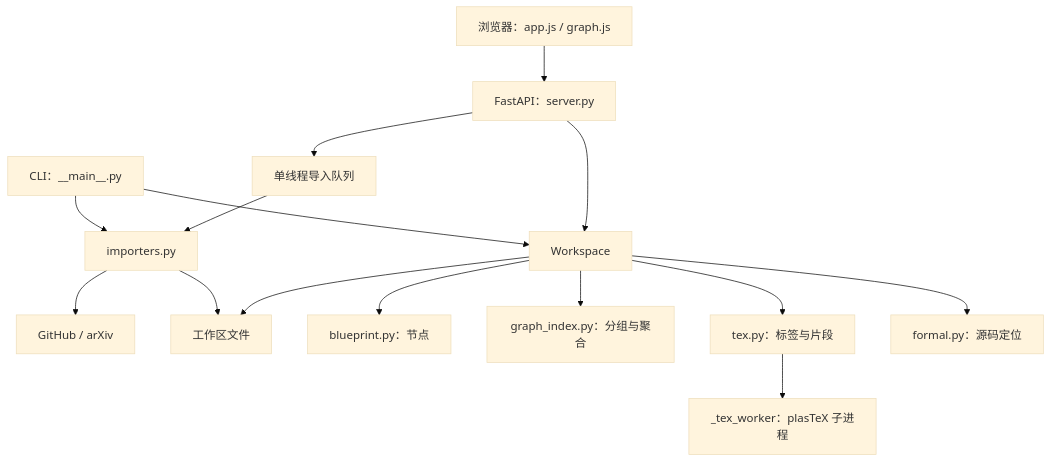
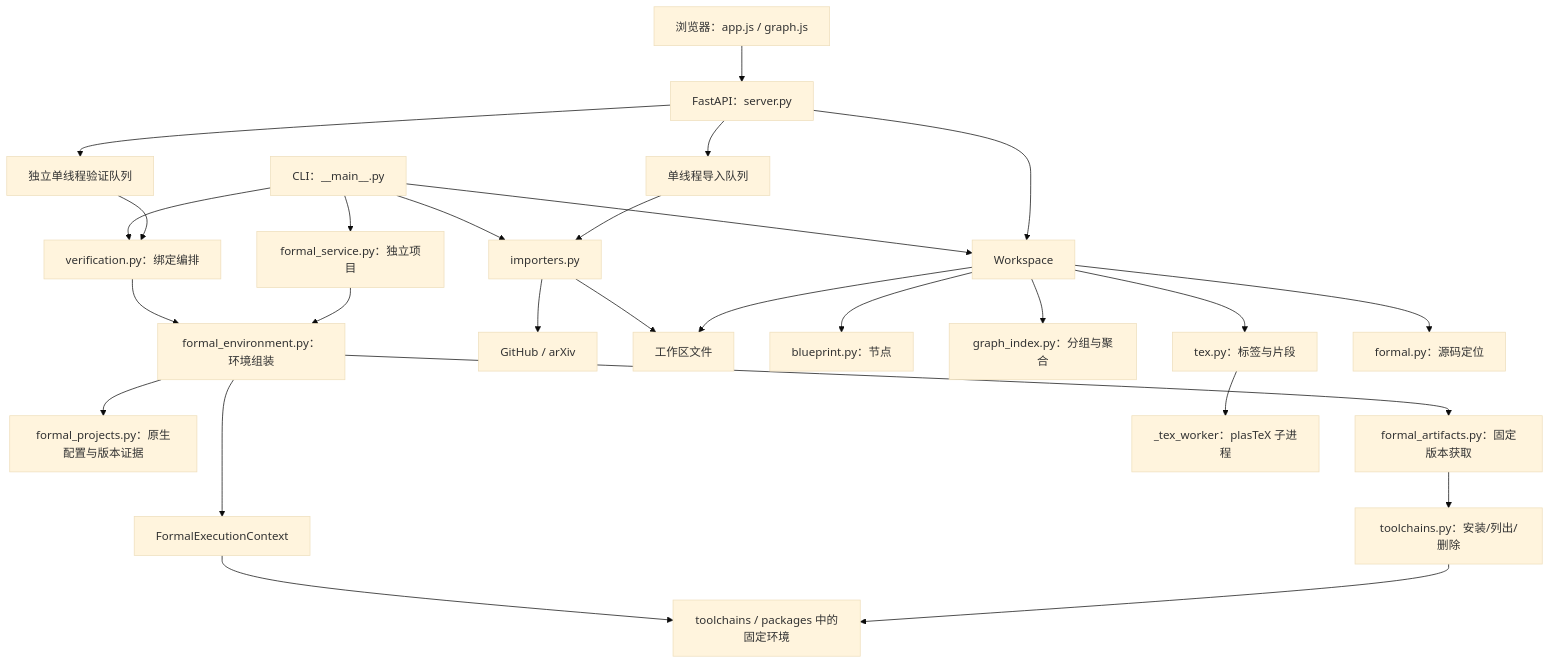
The diagram in ARCHITECTURE.md (hcqiu/qprint), drawn with Mermaid (base theme) before and after one commit. The commit also changed other lines of this file and 401 other files, not shown here.

Commit message:
formal verification

````diff
--- a/ARCHITECTURE.md
+++ b/ARCHITECTURE.md
@@ -9,17 +11,29 @@
 ```mermaid
 flowchart TD
     Browser[浏览器：app.js / graph.js] --> API[FastAPI：server.py]
     CLI[CLI：__main__.py] --> WS[Workspace]
     API --> WS
     API --> Jobs[单线程导入队列]
+    API --> VerifyJobs[独立单线程验证队列]
+    CLI --> Verify[verification.py：绑定编排]
+    CLI --> ProjectVerify[formal_service.py：独立项目]
+    VerifyJobs --> Verify
+    Verify --> Resolver[formal_environment.py：环境组装]
+    ProjectVerify --> Resolver
+    Resolver --> Native[formal_projects.py：原生配置与版本证据]
+    Resolver --> Acquire[formal_artifacts.py：固定版本获取]
+    Resolver --> Context[FormalExecutionContext]
+    Context --> Toolchain[toolchains / packages 中的固定环境]
+    Acquire --> Manager[toolchains.py：安装/列出/删除]
+    Manager --> Toolchain
     CLI --> Import[importers.py]
     Jobs --> Import
     Import --> Remote[GitHub / arXiv]
     Import --> Files[工作区文件]
     WS --> Files
     WS --> BP[blueprint.py：节点]
     WS --> GI[graph_index.py：分组与聚合]
     WS --> TEX[tex.py：标签与片段]
     TEX --> Worker[_tex_worker：plasTeX 子进程]
     WS --> Formal[formal.py：源码定位]
 ```
````
